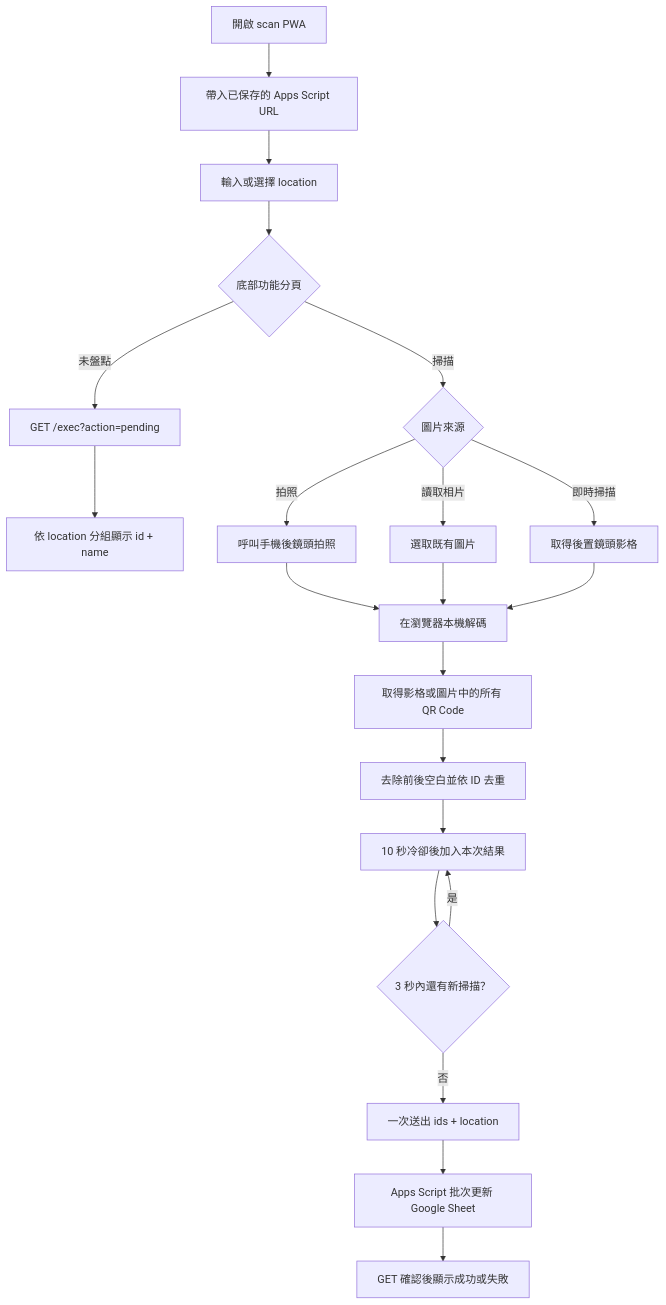
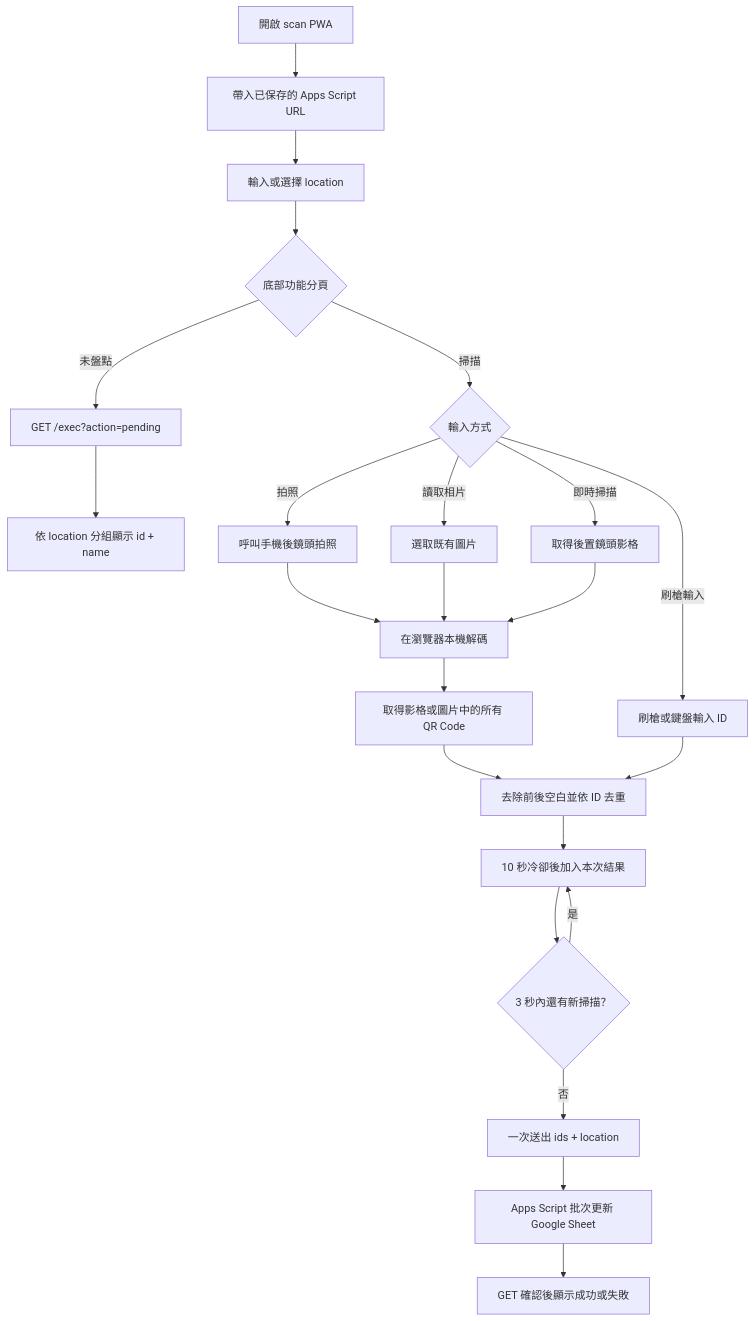
One commit to pulipulichen/Mobile-Inventory-Scanner changed the fifth of 5 diagrams in docs/architecture.md. Above: the diagram before and after it, drawn with Mermaid. The commit also changed other lines of this file and 13 other files, not shown here.

````diff
--- a/docs/architecture.md
+++ b/docs/architecture.md
@@ -266,23 +266,25 @@
 ```mermaid
-flowchart TB
+flowchart TD
     A["開啟 scan PWA"] --> B["帶入已保存的 Apps Script URL"]
     B --> C["輸入或選擇 location"]
     C --> D{"底部功能分頁"}
     D -->|"未盤點"| E["GET /exec?action=pending"]
     E --> F["依 location 分組顯示 id + name"]
-    D -->|"掃描"| G{"圖片來源"}
+    D -->|"掃描"| G{"輸入方式"}
     G -->|"拍照"| H["呼叫手機後鏡頭拍照"]
     G -->|"讀取相片"| I["選取既有圖片"]
     G -->|"即時掃描"| J["取得後置鏡頭影格"]
+    G -->|"刷槍輸入"| S["刷槍或鍵盤輸入 ID"]
     H --> K["在瀏覽器本機解碼"]
     I --> K
     J --> K
     K --> L["取得影格或圖片中的所有 QR Code"]
     L --> M["去除前後空白並依 ID 去重"]
+    S --> M
     M --> N["10 秒冷卻後加入本次結果"]
     N --> O{"3 秒內還有新掃描？"}
     O -->|"是"| N
     O -->|"否"| P["一次送出 ids + location"]
     P --> Q["Apps Script 批次更新 Google Sheet"]
     Q --> R["GET 確認後顯示成功或失敗"]
 ```
````
